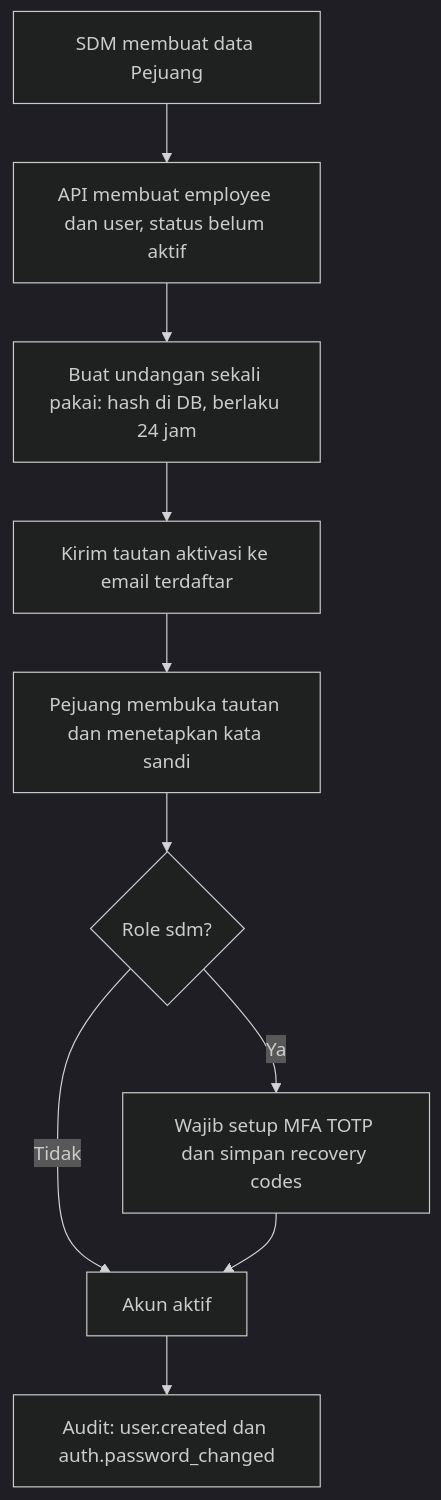
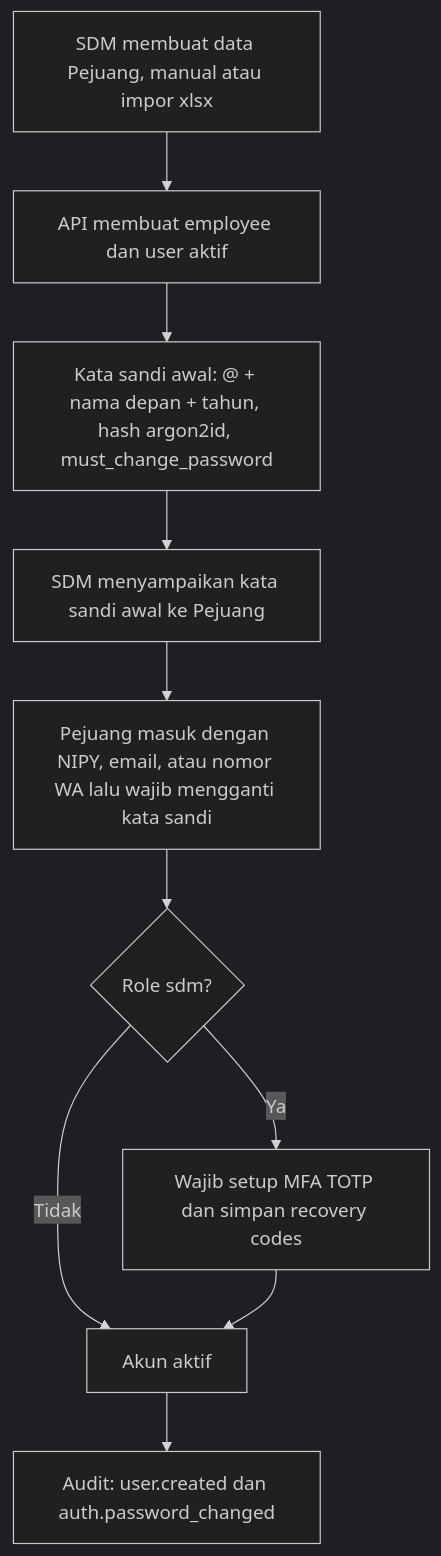
Before and after one commit to rzarxx/HRIS: the third of 29 diagrams in MASTER.md, drawn with Mermaid (dark theme). The commit also changed other lines of this file and 62 other files, not shown here.

First line of the commit message:
feat: cabang, data Pejuang dan anak, kata sandi awal, login NIPY/email/WA (D53)

````diff
--- a/MASTER.md
+++ b/MASTER.md
@@ -922,12 +933,12 @@
 ```mermaid
 flowchart TD
-    A["SDM membuat data Pejuang"] --> B["API membuat employee dan user, status belum aktif"]
-    B --> C["Buat undangan sekali pakai: hash di DB, berlaku 24 jam"]
-    C --> D["Kirim tautan aktivasi ke email terdaftar"]
-    D --> E["Pejuang membuka tautan dan menetapkan kata sandi"]
+    A["SDM membuat data Pejuang, manual atau impor xlsx"] --> B["API membuat employee dan user aktif"]
+    B --> C["Kata sandi awal: @ + nama depan + tahun, hash argon2id, must_change_password"]
+    C --> D["SDM menyampaikan kata sandi awal ke Pejuang"]
+    D --> E["Pejuang masuk dengan NIPY, email, atau nomor WA lalu wajib mengganti kata sandi"]
     E --> F{"Role sdm?"}
     F -- Ya --> G["Wajib setup MFA TOTP dan simpan recovery codes"]
     F -- Tidak --> H["Akun aktif"]
     G --> H
     H --> I["Audit: user.created dan auth.password_changed"]
 ```
````
